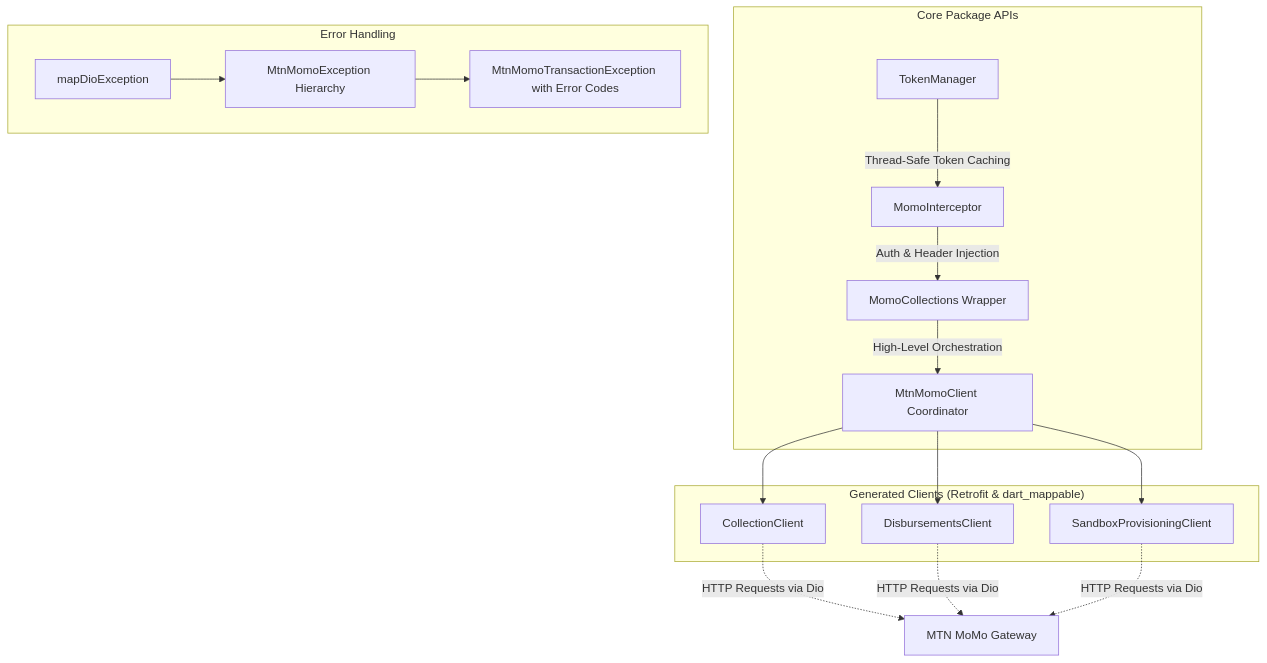
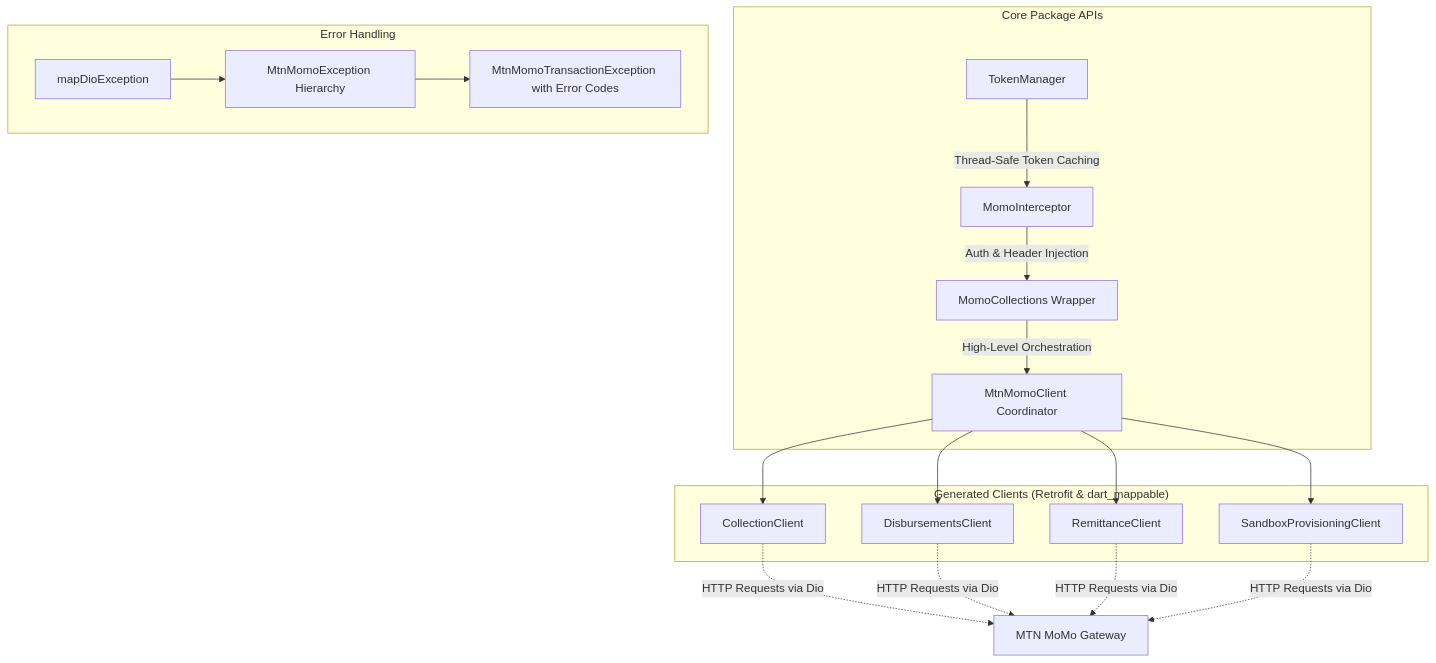
One commit to TJMusiitwa/mtn_momo_collections changed the diagram in README.md. Above: the diagram before and after it, drawn with Mermaid. The commit also changed other lines of this file and 1 other file, not shown here.

````diff
--- a/README.md
+++ b/README.md
@@ -19,21 +21,22 @@
 ```mermaid
 graph TD
     subgraph core ["Core Package APIs"]
         MMC[MomoCollections Wrapper] --> |High-Level Orchestration| MC[MtnMomoClient Coordinator]
         MI[MomoInterceptor] --> |Auth & Header Injection| MMC
         TM[TokenManager] --> |Thread-Safe Token Caching| MI
     end
 
     subgraph gen ["Generated Clients (Retrofit & dart_mappable)"]
         MC --> CC[CollectionClient]
         MC --> DC[DisbursementsClient]
+        MC --> RC[RemittanceClient]
         MC --> SC[SandboxProvisioningClient]
     end
 
     subgraph err ["Error Handling"]
         ME[mapDioException] --> MME[MtnMomoException Hierarchy]
         MME --> MTE[MtnMomoTransactionException with Error Codes]
     end
 
-    CC & DC & SC -.-> |HTTP Requests via Dio| MTN[MTN MoMo Gateway]
+    CC & DC & RC & SC -.-> |HTTP Requests via Dio| MTN[MTN MoMo Gateway]
 ```
````
